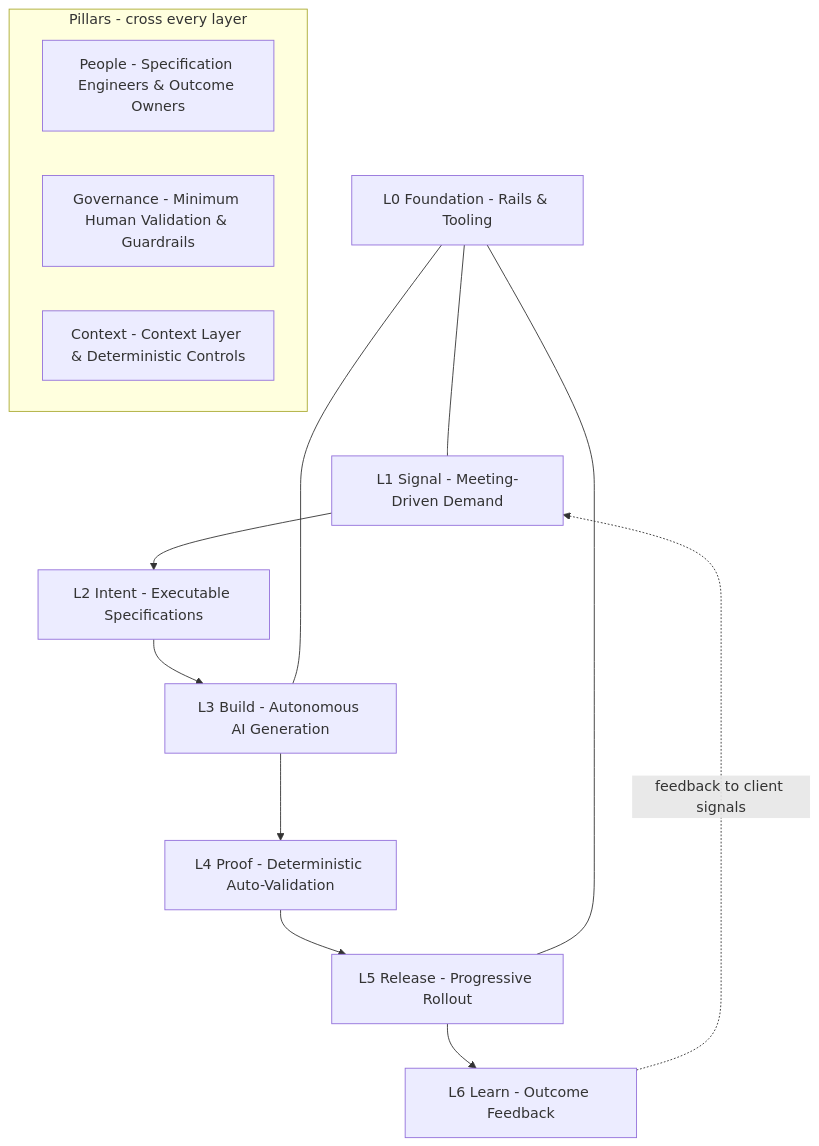
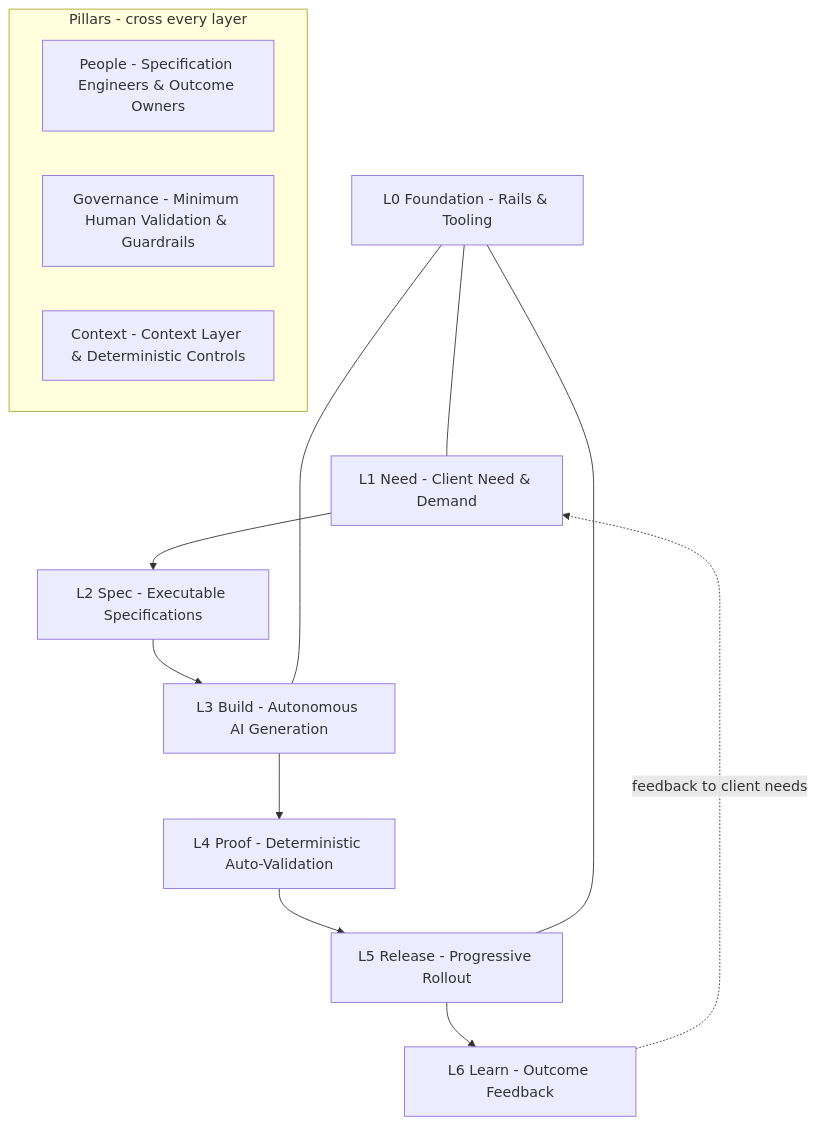
Before and after one commit to ALTEN-group/agentic-software-factory: the diagram in website/docs/guide/overview.md, drawn with Mermaid. The commit also changed other lines of this file and 27 other files, not shown here.

````diff
--- a/website/docs/guide/overview.md
+++ b/website/docs/guide/overview.md
@@ -42,17 +42,17 @@
 ```mermaid
 ---
 caption: Agentic Software Factory layers and pillars
 ---
 
 flowchart TB
   subgraph pillars[Pillars - cross every layer]
     people[People - Specification Engineers & Outcome Owners]
     governance[Governance - Minimum Human Validation & Guardrails]
     context[Context - Context Layer & Deterministic Controls]
   end
-  l1[L1 Signal - Meeting-Driven Demand] --> l2[L2 Intent - Executable Specifications] --> l3[L3 Build - Autonomous AI Generation] --> l4[L4 Proof - Deterministic Auto-Validation] --> l5[L5 Release - Progressive Rollout] --> l6[L6 Learn - Outcome Feedback]
-  l6 -. feedback to client signals .-> l1
+  l1[L1 Need - Client Need & Demand] --> l2[L2 Spec - Executable Specifications] --> l3[L3 Build - Autonomous AI Generation] --> l4[L4 Proof - Deterministic Auto-Validation] --> l5[L5 Release - Progressive Rollout] --> l6[L6 Learn - Outcome Feedback]
+  l6 -. feedback to client needs .-> l1
   l0[L0 Foundation - Rails & Tooling] --- l1
   l0 --- l3
   l0 --- l5
 ```
````
